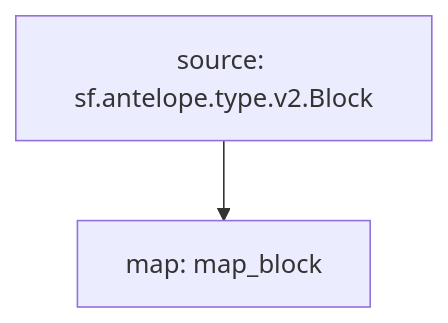
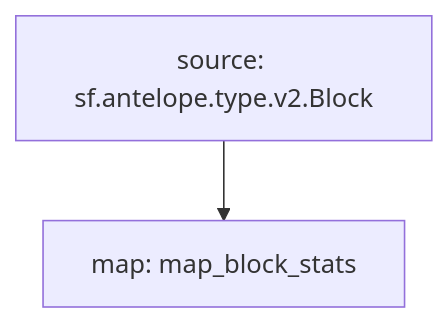
One commit to pinax-network/subtivity-substreams changed the diagram in blocks/antelope/README.md. Above: the diagram before and after it, drawn with Mermaid. The commit also changed other lines of this file and 17 other files, not shown here.

````diff
--- a/blocks/antelope/README.md
+++ b/blocks/antelope/README.md
@@ -11,5 +11,5 @@
 ```mermaid
 graph TD;
-  map_block[map: map_block]
-  sf.antelope.type.v2.Block[source: sf.antelope.type.v2.Block] --> map_block
+  map_block_stats[map: map_block_stats]
+  sf.antelope.type.v2.Block[source: sf.antelope.type.v2.Block] --> map_block_stats
 ```
````
